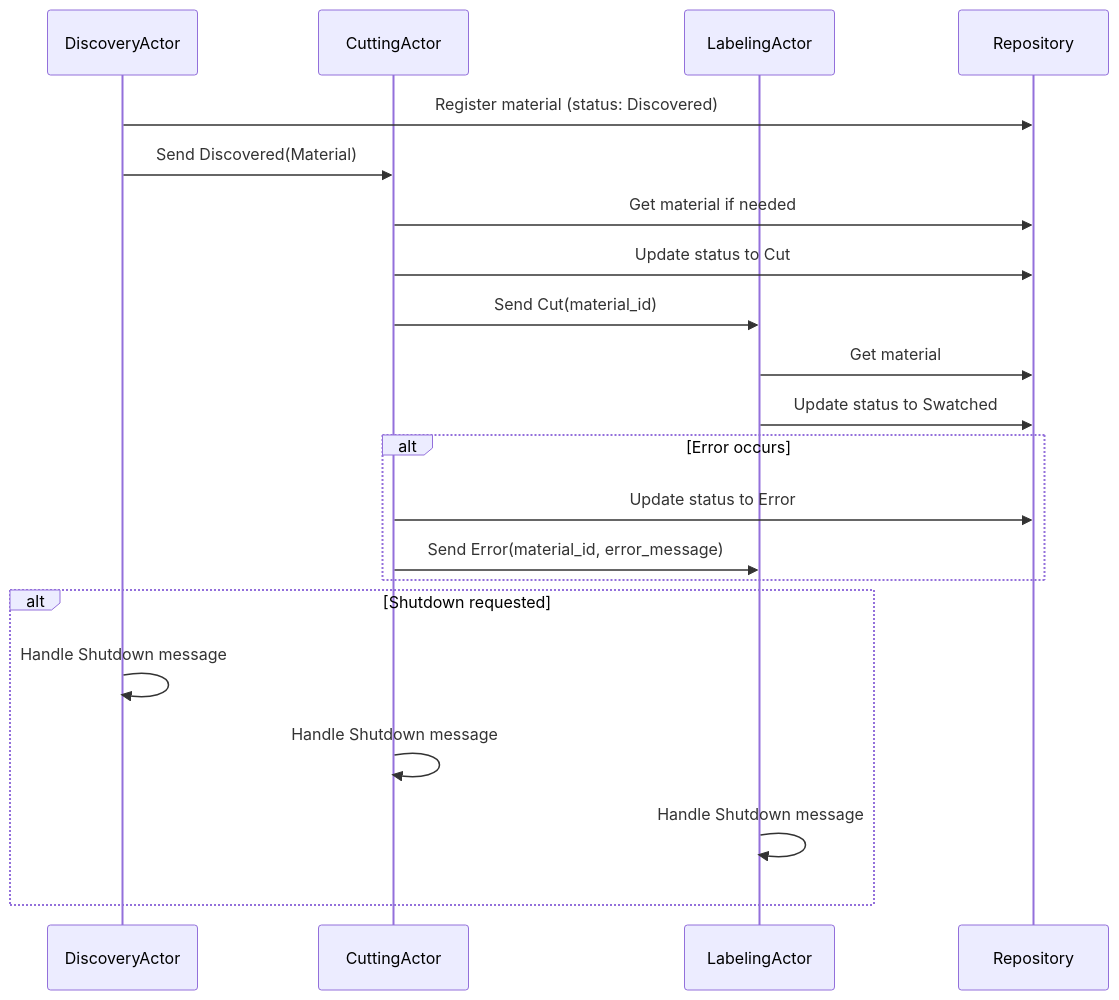
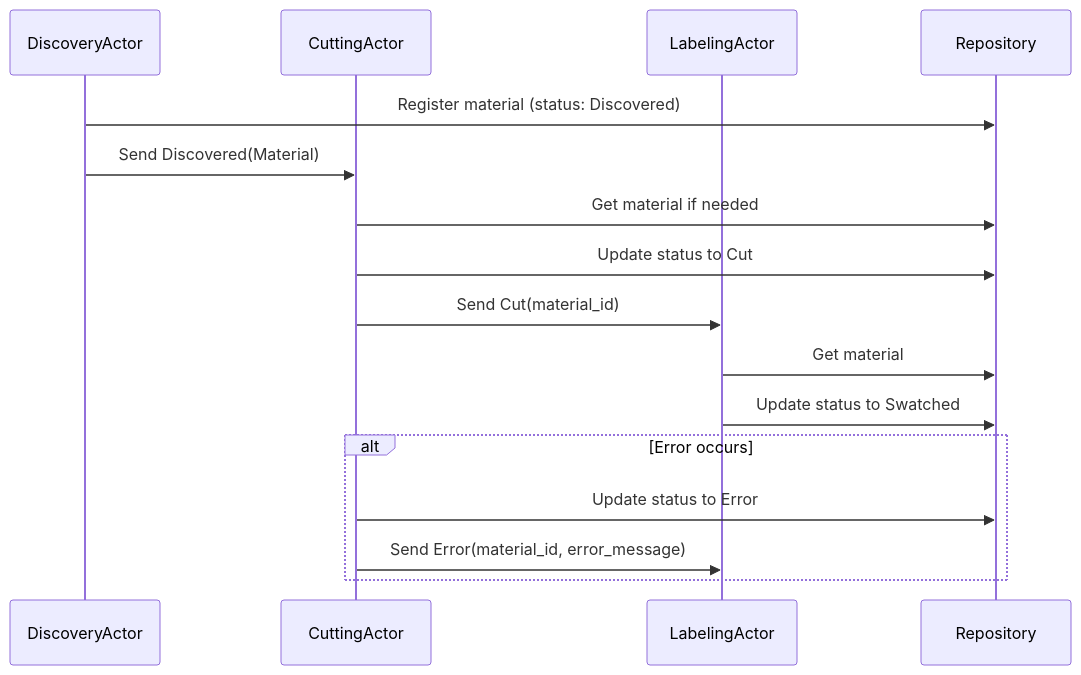
The second of 3 diagrams in memory-bank/systemPatterns.md (pandallel/quilt), drawn with Mermaid before and after one commit. The commit also changed other lines of this file and 4 other files, not shown here.

````diff
--- a/memory-bank/systemPatterns.md
+++ b/memory-bank/systemPatterns.md
@@ -58,26 +47,20 @@
 ```mermaid
 sequenceDiagram
     participant DiscoveryActor
     participant CuttingActor
     participant LabelingActor
     participant Repository
 
     DiscoveryActor->>Repository: Register material (status: Discovered)
     DiscoveryActor->>CuttingActor: Send Discovered(Material)
     CuttingActor->>Repository: Get material if needed
     CuttingActor->>Repository: Update status to Cut
     CuttingActor->>LabelingActor: Send Cut(material_id)
     LabelingActor->>Repository: Get material
     LabelingActor->>Repository: Update status to Swatched
 
     alt Error occurs
         CuttingActor->>Repository: Update status to Error
         CuttingActor->>LabelingActor: Send Error(material_id, error_message)
     end
-
-    alt Shutdown requested
-        DiscoveryActor->>DiscoveryActor: Handle Shutdown message
-        CuttingActor->>CuttingActor: Handle Shutdown message
-        LabelingActor->>LabelingActor: Handle Shutdown message
-    end
 ```
````
